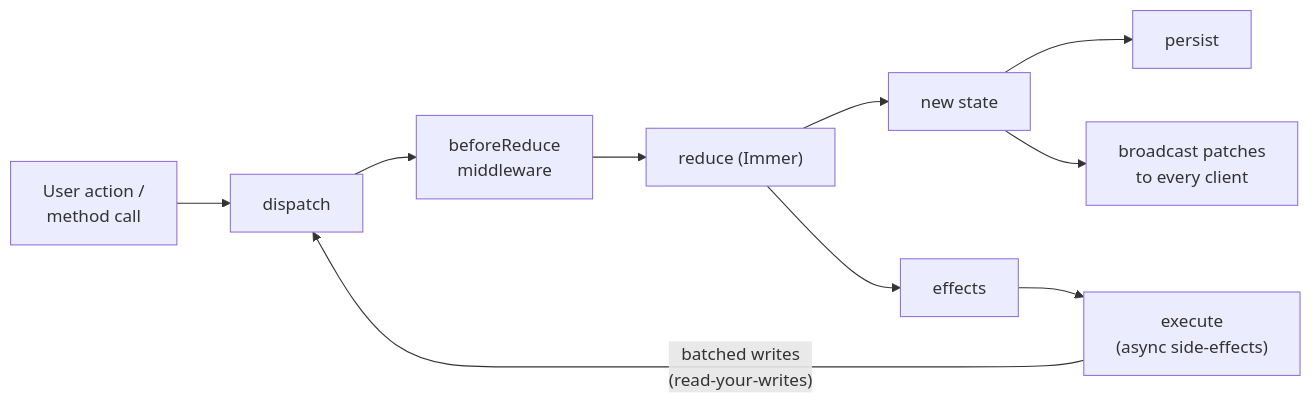
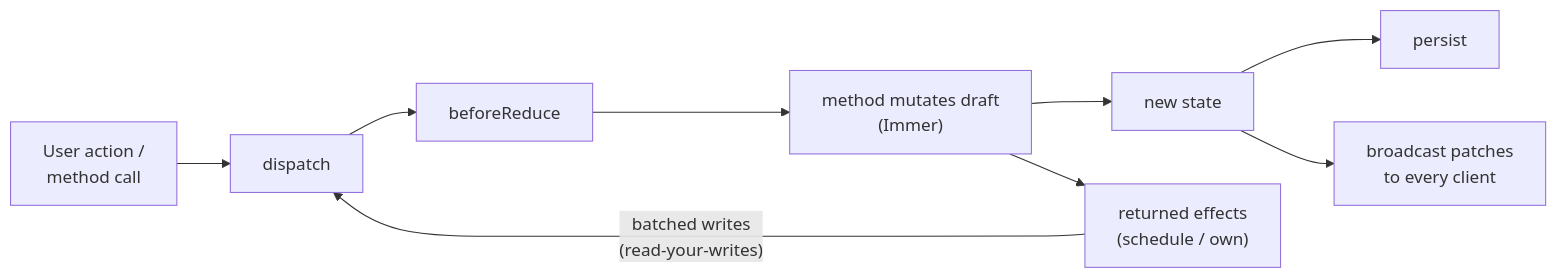
Before and after one commit to riagentic/aio: the second of 3 diagrams in docs/basics/architecture.md, drawn with Mermaid. The commit also changed other lines of this file and 139 other files, not shown here.

````diff
--- a/docs/basics/architecture.md
+++ b/docs/basics/architecture.md
@@ -41,12 +41,11 @@
 ```mermaid
 flowchart LR
     U[User action /<br/>method call] --> D[dispatch]
-    D --> M[beforeReduce<br/>middleware]
-    M --> R["reduce (Immer)"]
+    D --> M[beforeReduce]
+    M --> R["method mutates draft<br/>(Immer)"]
     R --> S[new state]
-    R --> FX[effects]
-    FX --> X["execute<br/>(async side-effects)"]
-    X -- "batched writes<br/>(read-your-writes)" --> D
+    R --> FX["returned effects<br/>(schedule / own)"]
+    FX -- "batched writes<br/>(read-your-writes)" --> D
     S --> P[persist]
     S --> BC[broadcast patches<br/>to every client]
 ```
````
